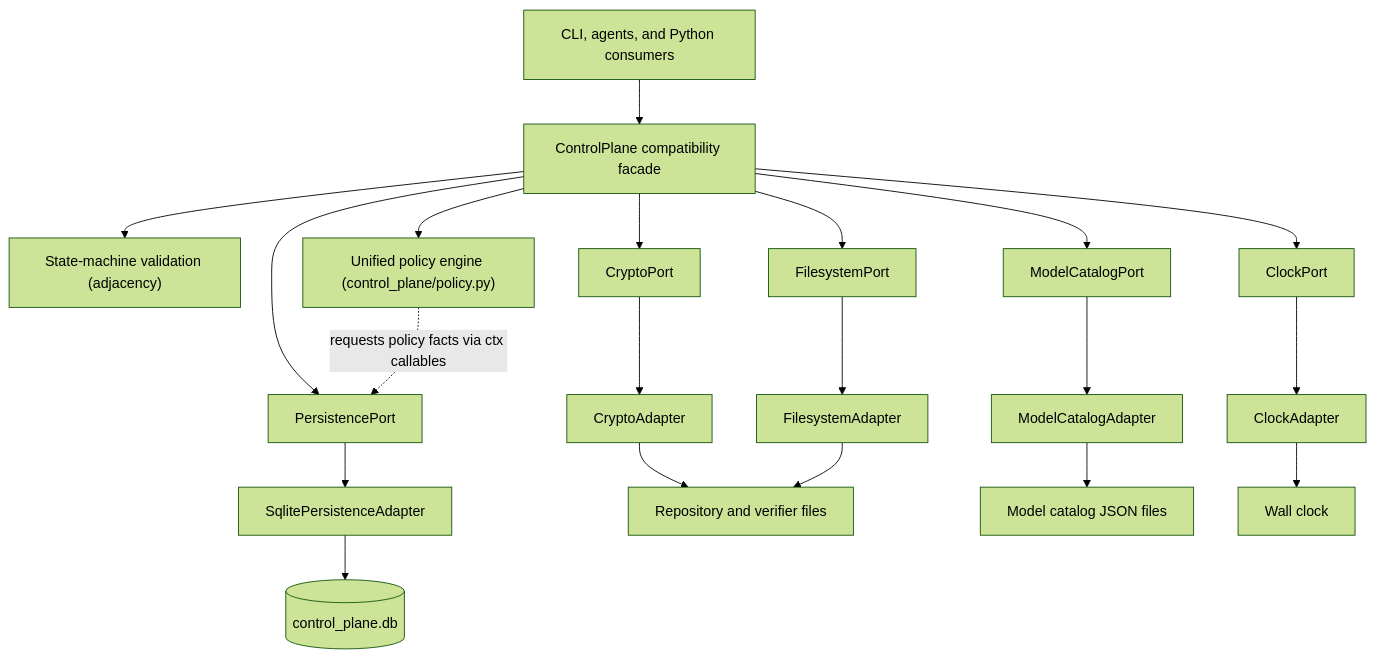
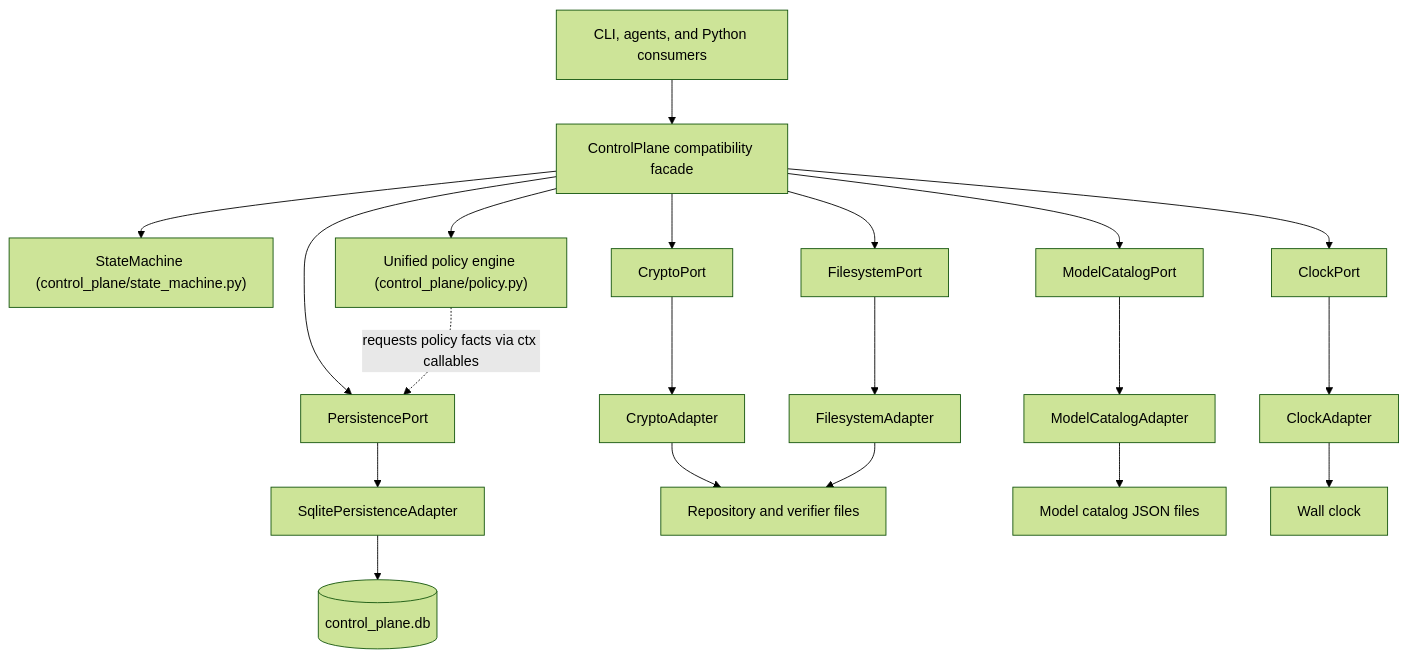
Before and after one commit to richfrem/agent-plugins-skills: the diagram in docs/diagrams/control-plane-architecture.mermaid, drawn with Mermaid (forest theme). The commit also changed 12 other files, not shown here.

```diff
--- a/docs/diagrams/control-plane-architecture.mermaid
+++ b/docs/diagrams/control-plane-architecture.mermaid
@@ -1,47 +1,47 @@
 flowchart TB
     Callers["CLI, agents, and Python consumers"]
     Facade["ControlPlane compatibility facade"]
 
-    State["State-machine validation (adjacency)"]
+    State["StateMachine (control_plane/state_machine.py)"]
     Policy["Unified policy engine (control_plane/policy.py)"]
 
     PersistencePort["PersistencePort"]
     CryptoPort["CryptoPort"]
     FilesystemPort["FilesystemPort"]
     ModelPort["ModelCatalogPort"]
     ClockPort["ClockPort"]
 
     SQLiteAdapter["SqlitePersistenceAdapter"]
     CryptoAdapter["CryptoAdapter"]
     FilesystemAdapter["FilesystemAdapter"]
     ModelAdapter["ModelCatalogAdapter"]
     ClockAdapter["ClockAdapter"]
 
     DB[(control_plane.db)]
     RepoFiles["Repository and verifier files"]
     CatalogFiles["Model catalog JSON files"]
     Clock["Wall clock"]
 
     Callers --> Facade
 
     Facade --> State
     Facade --> Policy
     Facade --> PersistencePort
     Facade --> CryptoPort
     Facade --> FilesystemPort
     Facade --> ModelPort
     Facade --> ClockPort
 
     Policy -.->|"requests policy facts via ctx callables"| PersistencePort
 
     PersistencePort --> SQLiteAdapter
     CryptoPort --> CryptoAdapter
     FilesystemPort --> FilesystemAdapter
     ModelPort --> ModelAdapter
     ClockPort --> ClockAdapter
 
     SQLiteAdapter --> DB
     CryptoAdapter --> RepoFiles
     FilesystemAdapter --> RepoFiles
     ModelAdapter --> CatalogFiles
     ClockAdapter --> Clock
```
